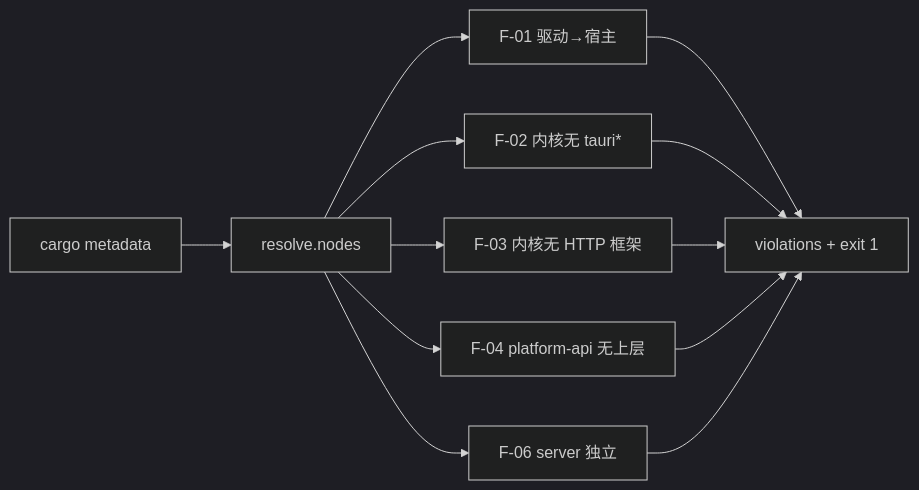
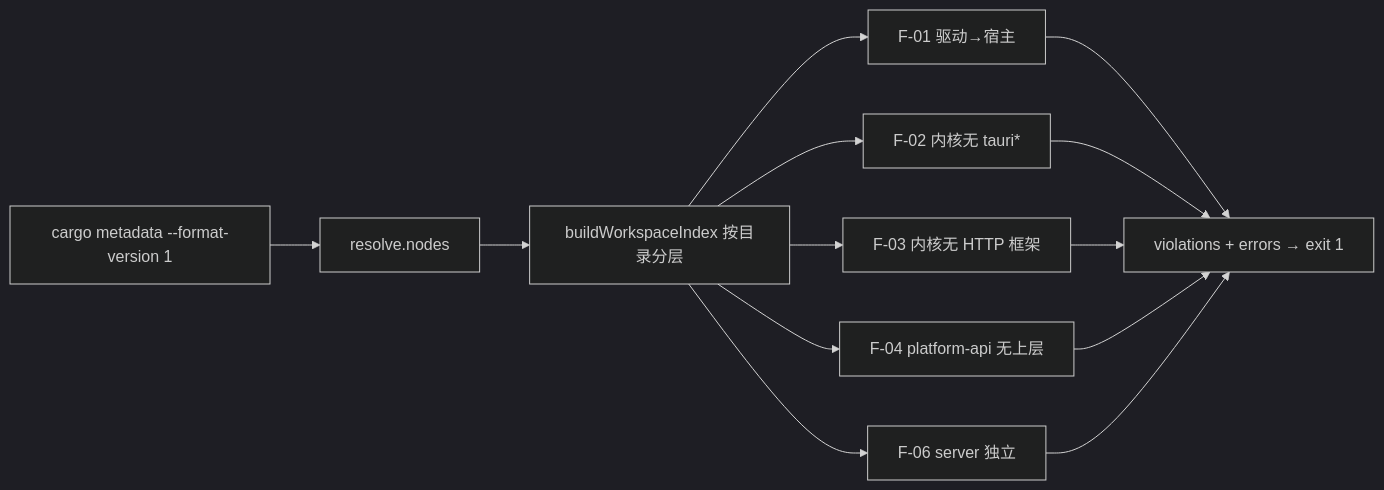
The fourth of 4 diagrams in docs/architecture/platform/shared-boundaries-and-ports.md (flyxl/datazen), drawn with Mermaid (dark theme) before and after one commit. The commit also changed other lines of this file and 3 other files, not shown here.

````diff
--- a/docs/architecture/platform/shared-boundaries-and-ports.md
+++ b/docs/architecture/platform/shared-boundaries-and-ports.md
@@ -653,10 +653,11 @@
 ```mermaid
 flowchart LR
-    M[cargo metadata] --> N[resolve.nodes]
-    N --> C1[F-01 驱动→宿主]
-    N --> C2[F-02 内核无 tauri*]
-    N --> C3[F-03 内核无 HTTP 框架]
-    N --> C4[F-04 platform-api 无上层]
-    N --> C6[F-06 server 独立]
-    C1 & C2 & C3 & C4 & C6 --> R[violations + exit 1]
+    M[cargo metadata --format-version 1] --> N[resolve.nodes]
+    N --> I[buildWorkspaceIndex 按目录分层]
+    I --> C1[F-01 驱动→宿主]
+    I --> C2[F-02 内核无 tauri*]
+    I --> C3[F-03 内核无 HTTP 框架]
+    I --> C4[F-04 platform-api 无上层]
+    I --> C6[F-06 server 独立]
+    C1 & C2 & C3 & C4 & C6 --> R[violations + errors → exit 1]
 ```
````
